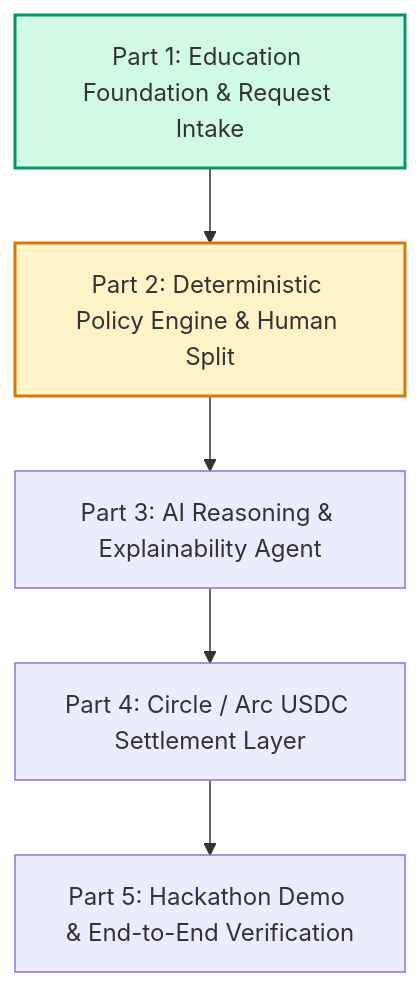
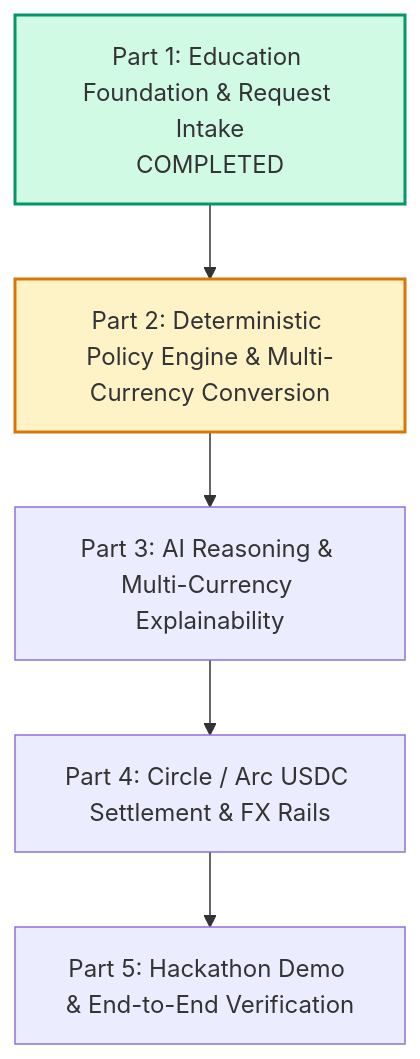
One commit to exurb3r/EduFlow changed the second of 2 diagrams in PLAN.md. Above: the diagram before and after it, drawn with Mermaid. The commit also changed other lines of this file, not shown here.

First line of the commit message:
docs: adapt PLAN.md to support multi-currency conversion and settlement

````diff
--- a/PLAN.md
+++ b/PLAN.md
@@ -24,10 +59,10 @@
 ```mermaid
 graph TD
-    P1[Part 1: Education Foundation & Request Intake] --> P2[Part 2: Deterministic Policy Engine & Human Split]
-    P2 --> P3[Part 3: AI Reasoning & Explainability Agent]
-    P3 --> P4[Part 4: Circle / Arc USDC Settlement Layer]
+    P1[Part 1: Education Foundation & Request Intake<br/>COMPLETED] --> P2[Part 2: Deterministic Policy Engine & Multi-Currency Conversion]
+    P2 --> P3[Part 3: AI Reasoning & Multi-Currency Explainability]
+    P3 --> P4[Part 4: Circle / Arc USDC Settlement & FX Rails]
     P4 --> P5[Part 5: Hackathon Demo & End-to-End Verification]
 
     style P1 fill:#d1fae5,stroke:#059669,stroke-width:2px
     style P2 fill:#fef3c7,stroke:#d97706,stroke-width:2px
 ```
````
